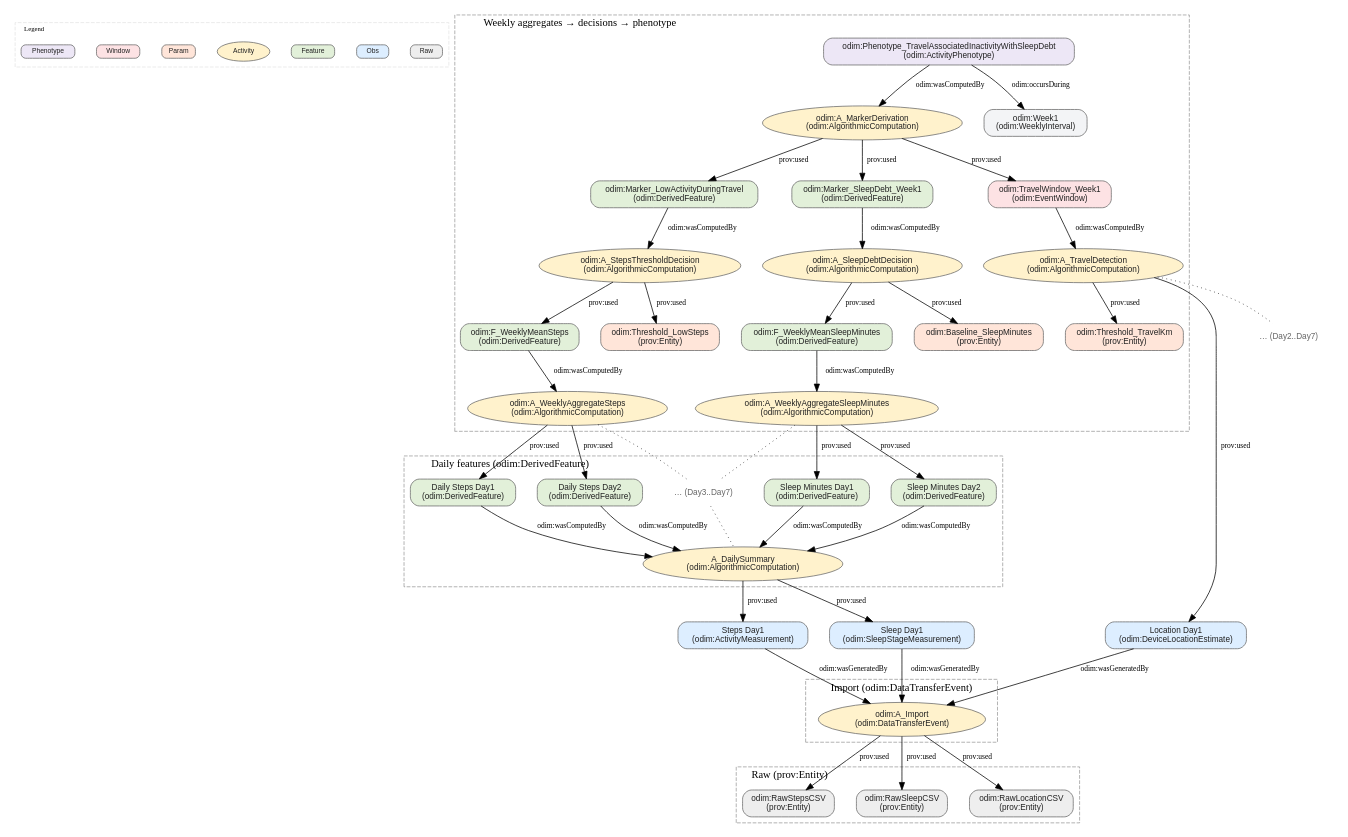
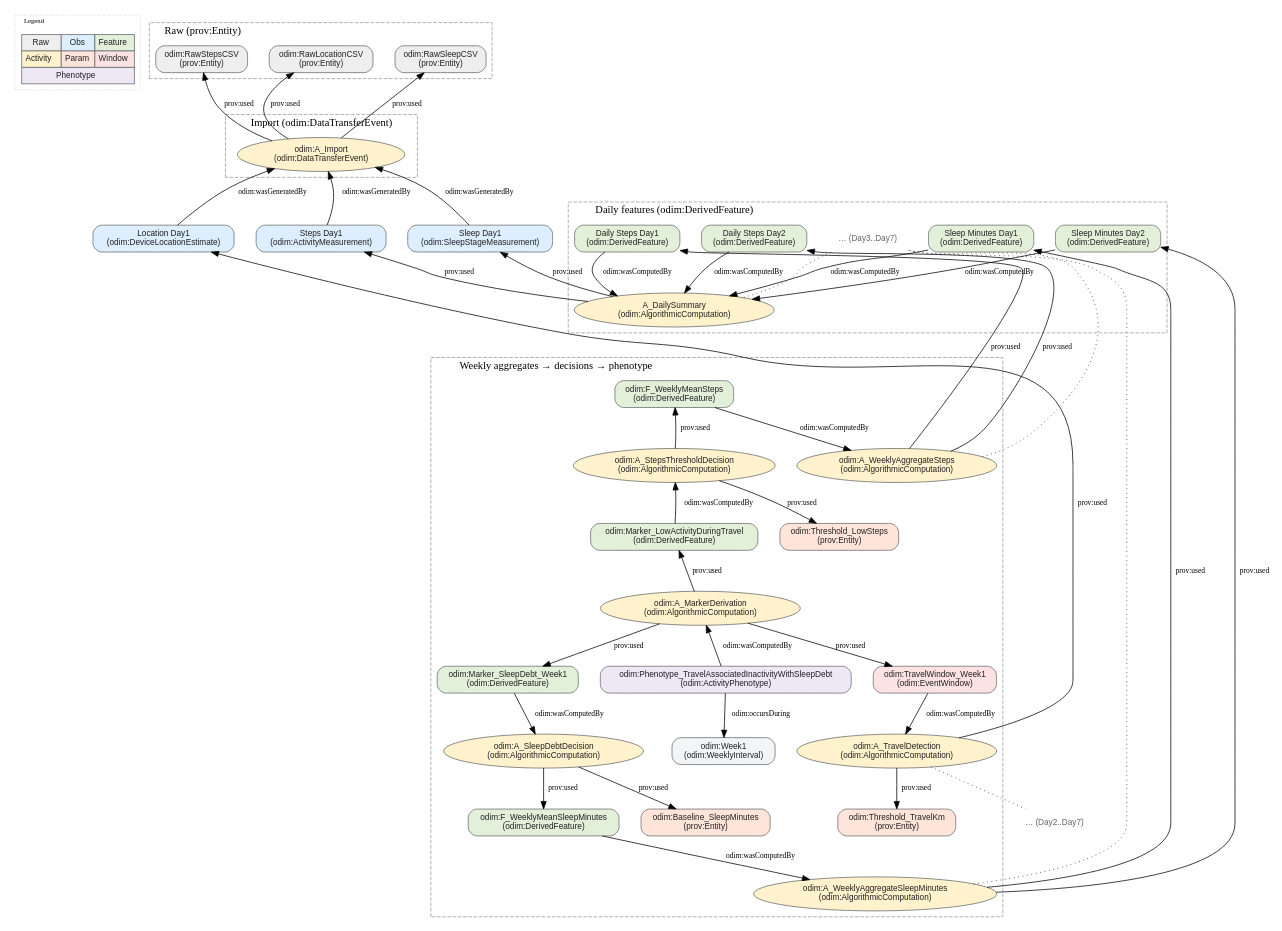
Before and after one commit to MentalHealthMission/MHM-ontology: the diagram in docs/presentation/demo_graph.dot, drawn with Graphviz. The commit also changed 1 other file, not shown here.

Commit message:
docs(presentation): compact grid legend and improve central alignment with invisible high-weight edges

```diff
--- a/docs/presentation/demo_graph.dot
+++ b/docs/presentation/demo_graph.dot
@@ -1,135 +1,154 @@
 digraph DemoFlow {
   rankdir=TB;
   splines=true;
   nodesep=0.4;
   ranksep=0.6;
   center=true;
 
   // Default node styles
   node [fontname="Helvetica", fontsize=11, style="rounded,filled", color="#666666", fontcolor="#222222", fillcolor="white", penwidth=1.0];
 
-  // Define simple styling by type
-  subgraph cluster_legend {
-    label="Legend"; fontsize=9; color=gray90; style=dashed; labelloc="t"; labeljust="l";
-    Lraw   [label="Raw",        shape=box,     fillcolor="#EEEEEE", fontsize=9, width=0.6, height=0.2];
-    Lobs   [label="Obs",        shape=box,     fillcolor="#DDEEFF", fontsize=9, width=0.6, height=0.2];
-    Lfeat  [label="Feature",    shape=box,     fillcolor="#E2F0D9", fontsize=9, width=0.8, height=0.2];
-    Lact   [label="Activity",   shape=ellipse, fillcolor="#FFF2CC", fontsize=9, width=0.8, height=0.2];
-    Lparam [label="Param",      shape=box,     fillcolor="#FFE5D9", fontsize=9, width=0.6, height=0.2];
-    Lwin   [label="Window",     shape=box,     fillcolor="#FDE2E4", fontsize=9, width=0.8, height=0.2];
-    Lpheno [label="Phenotype",  shape=box,     fillcolor="#EDE7F6", fontsize=9, width=1.0, height=0.2];
+  // Compact legend (grid)
+  subgraph cluster_legend { label="Legend"; fontsize=9; color=gray90; style=dashed; labelloc="t"; labeljust="l";
+    Legend [shape=none, margin=0, label=<
+      <TABLE BORDER="0" CELLBORDER="1" CELLSPACING="0" CELLPADDING="4">
+        <TR>
+          <TD BGCOLOR="#EEEEEE">Raw</TD>
+          <TD BGCOLOR="#DDEEFF">Obs</TD>
+          <TD BGCOLOR="#E2F0D9">Feature</TD>
+        </TR>
+        <TR>
+          <TD BGCOLOR="#FFF2CC">Activity</TD>
+          <TD BGCOLOR="#FFE5D9">Param</TD>
+          <TD BGCOLOR="#FDE2E4">Window</TD>
+        </TR>
+        <TR>
+          <TD COLSPAN="3" BGCOLOR="#EDE7F6">Phenotype</TD>
+        </TR>
+      </TABLE>
+    >];
   }
 
   // Raw entities (prov:Entity)
   subgraph cluster_raw {
     label="Raw (prov:Entity)"; style=dashed; color=gray60; labelloc="t"; labeljust="l";
     RawSteps [label="odim:RawStepsCSV\n(prov:Entity)", shape=box, fillcolor="#EEEEEE"];
     RawSleep [label="odim:RawSleepCSV\n(prov:Entity)", shape=box, fillcolor="#EEEEEE"];
     RawLoc   [label="odim:RawLocationCSV\n(prov:Entity)", shape=box, fillcolor="#EEEEEE"];
   }
 
   // Import activity
   subgraph cluster_import {
     label="Import (odim:DataTransferEvent)"; style=dashed; color=gray60; labelloc="t"; labeljust="l";
     Import [label="odim:A_Import\n(odim:DataTransferEvent)", shape=ellipse, fillcolor="#FFF2CC"];
   }
 
   // Observations (entities)
   subgraph cluster_obs {
     label=""; style=invis; color=gray60;
     ObsSteps [label="Steps Day1\n(odim:ActivityMeasurement)", shape=box, fillcolor="#DDEEFF"];
     ObsSleep [label="Sleep Day1\n(odim:SleepStageMeasurement)", shape=box, fillcolor="#DDEEFF"];
     ObsLoc   [label="Location Day1\n(odim:DeviceLocationEstimate)", shape=box, fillcolor="#DDEEFF"];
     LocDots  [label="… (Day2..Day7)", shape=plaintext, color="#888888", fontcolor="#666666"];
   }
 
   // Daily computation + features (steps + sleep minutes)
   subgraph cluster_daily {
     label="Daily features (odim:DerivedFeature)"; style=dashed; color=gray60; labelloc="t"; labeljust="l";
     DailyComp [label="A_DailySummary\n(odim:AlgorithmicComputation)", shape=ellipse, fillcolor="#FFF2CC"];
     F1 [label="Daily Steps Day1\n(odim:DerivedFeature)", shape=box, fillcolor="#E2F0D9"];
     F2 [label="Daily Steps Day2\n(odim:DerivedFeature)", shape=box, fillcolor="#E2F0D9"];
     FDots [label="… (Day3..Day7)", shape=plaintext, color="#888888", fontcolor="#666666"];
     SQ1 [label="Sleep Minutes Day1\n(odim:DerivedFeature)", shape=box, fillcolor="#E2F0D9"];
     SQ2 [label="Sleep Minutes Day2\n(odim:DerivedFeature)", shape=box, fillcolor="#E2F0D9"];
   }
 
   // Weekly aggregation + decisions + combined phenotype
   subgraph cluster_weekly {
     label="Weekly aggregates → decisions → phenotype"; style=dashed; color=gray60; labelloc="t"; labeljust="l";
     WeeklySteps [label="odim:A_WeeklyAggregateSteps\n(odim:AlgorithmicComputation)", shape=ellipse, fillcolor="#FFF2CC"];
     MeanSteps [label="odim:F_WeeklyMeanSteps\n(odim:DerivedFeature)", shape=box, fillcolor="#E2F0D9"];
     Thresh [label="odim:Threshold_LowSteps\n(prov:Entity)", shape=box, fillcolor="#FFE5D9"];
     StepsDecision [label="odim:A_StepsThresholdDecision\n(odim:AlgorithmicComputation)", shape=ellipse, fillcolor="#FFF2CC"];
     Marker [label="odim:Marker_LowActivityDuringTravel\n(odim:DerivedFeature)", shape=box, style="rounded,filled", fillcolor="#E2F0D9"];
 
     WeeklySleep [label="odim:A_WeeklyAggregateSleepMinutes\n(odim:AlgorithmicComputation)", shape=ellipse, fillcolor="#FFF2CC"];
     MeanSleep [label="odim:F_WeeklyMeanSleepMinutes\n(odim:DerivedFeature)", shape=box, fillcolor="#E2F0D9"];
     SleepBaseline [label="odim:Baseline_SleepMinutes\n(prov:Entity)", shape=box, fillcolor="#FFE5D9"];
     SleepDebtDecision [label="odim:A_SleepDebtDecision\n(odim:AlgorithmicComputation)", shape=ellipse, fillcolor="#FFF2CC"];
     SleepDebt [label="odim:Marker_SleepDebt_Week1\n(odim:DerivedFeature)", shape=box, fillcolor="#E2F0D9"];
 
     Combine [label="odim:A_MarkerDerivation\n(odim:AlgorithmicComputation)", shape=ellipse, fillcolor="#FFF2CC"];
     Phenotype [label="odim:Phenotype_TravelAssociatedInactivityWithSleepDebt\n(odim:ActivityPhenotype)", shape=box, style="rounded,filled", fillcolor="#EDE7F6"];
     Week [label="odim:Week1\n(odim:WeeklyInterval)", shape=box, fillcolor="#F3F4F6"];
 
     // Travel detection elements placed within weekly cluster
     TravelDetect [label="odim:A_TravelDetection\n(odim:AlgorithmicComputation)", shape=ellipse, fillcolor="#FFF2CC"];
     TravelWin [label="odim:TravelWindow_Week1\n(odim:EventWindow)", shape=box, fillcolor="#FDE2E4"];
     TravelThresh [label="odim:Threshold_TravelKm\n(prov:Entity)", shape=box, fillcolor="#FFE5D9"];
   }
 
   // Edges with exact predicates
   // Import used raw files (prov:used: Activity -> Entity)
   Import -> RawSteps [label="prov:used", fontsize=10];
   Import -> RawSleep [label="prov:used", fontsize=10];
   Import -> RawLoc   [label="prov:used", fontsize=10];
 
   // Observations were generated by Import (odim:wasGeneratedBy: Entity -> Activity)
   ObsSteps -> Import [label="odim:wasGeneratedBy", fontsize=10];
   ObsSleep -> Import [label="odim:wasGeneratedBy", fontsize=10];
   ObsLoc   -> Import [label="odim:wasGeneratedBy", fontsize=10];
   {rank=same; ObsSteps; ObsSleep; ObsLoc;}
 
   // Daily computation used observations (prov:used)
   DailyComp -> ObsSteps [label="prov:used", fontsize=10];
   DailyComp -> ObsSleep [label="prov:used", fontsize=10];
 
   // Travel detection from location observations (nodes defined in weekly cluster)
   TravelDetect -> ObsLoc [label="prov:used", fontsize=10];
   TravelDetect -> LocDots [style=dotted, arrowhead=none];
   TravelDetect -> TravelThresh [label="prov:used", fontsize=10];
   TravelWin -> TravelDetect [label="odim:wasComputedBy", fontsize=10];
 
   // Daily features were computed by DailyComp (odim:wasComputedBy)
   F1 -> DailyComp [label="odim:wasComputedBy", fontsize=10];
   F2 -> DailyComp [label="odim:wasComputedBy", fontsize=10];
   SQ1 -> DailyComp [label="odim:wasComputedBy", fontsize=10];
   SQ2 -> DailyComp [label="odim:wasComputedBy", fontsize=10];
   FDots -> DailyComp [style=dotted, arrowhead=none];
 
+  // Centerline alignment (invisible, high-weight edges)
+  RawLoc -> Import [style=invis, weight=10];
+  Import -> ObsSteps [style=invis, weight=10];
+  ObsSteps -> DailyComp [style=invis, weight=10];
+  DailyComp -> MeanSteps [style=invis, weight=10];
+  MeanSteps -> StepsDecision [style=invis, weight=10];
+  StepsDecision -> Marker [style=invis, weight=10];
+  Marker -> Combine [style=invis, weight=10];
+  Combine -> Phenotype [style=invis, weight=10];
+
   // Weekly steps aggregate and decision
   WeeklySteps -> F1 [label="prov:used", fontsize=10];
   WeeklySteps -> F2 [label="prov:used", fontsize=10];
   WeeklySteps -> FDots [style=dotted, arrowhead=none];
   MeanSteps -> WeeklySteps [label="odim:wasComputedBy", fontsize=10];
   StepsDecision -> MeanSteps [label="prov:used", fontsize=10];
   StepsDecision -> Thresh [label="prov:used", fontsize=10];
   Marker -> StepsDecision [label="odim:wasComputedBy", fontsize=10];
 
   // Weekly sleep minutes aggregate + sleep debt decision
   WeeklySleep -> SQ1 [label="prov:used", fontsize=10];
   WeeklySleep -> SQ2 [label="prov:used", fontsize=10];
   WeeklySleep -> FDots [style=dotted, arrowhead=none];
   MeanSleep -> WeeklySleep [label="odim:wasComputedBy", fontsize=10];
   SleepDebtDecision -> MeanSleep [label="prov:used", fontsize=10];
   SleepDebtDecision -> SleepBaseline [label="prov:used", fontsize=10];
   SleepDebt -> SleepDebtDecision [label="odim:wasComputedBy", fontsize=10];
 
   // Combined phenotype marker
   Combine -> Marker [label="prov:used", fontsize=10];
   Combine -> SleepDebt [label="prov:used", fontsize=10];
   Combine -> TravelWin [label="prov:used", fontsize=10];
   Phenotype -> Combine [label="odim:wasComputedBy", fontsize=10];
   Phenotype -> Week [label="odim:occursDuring", fontsize=10];
 }
```
